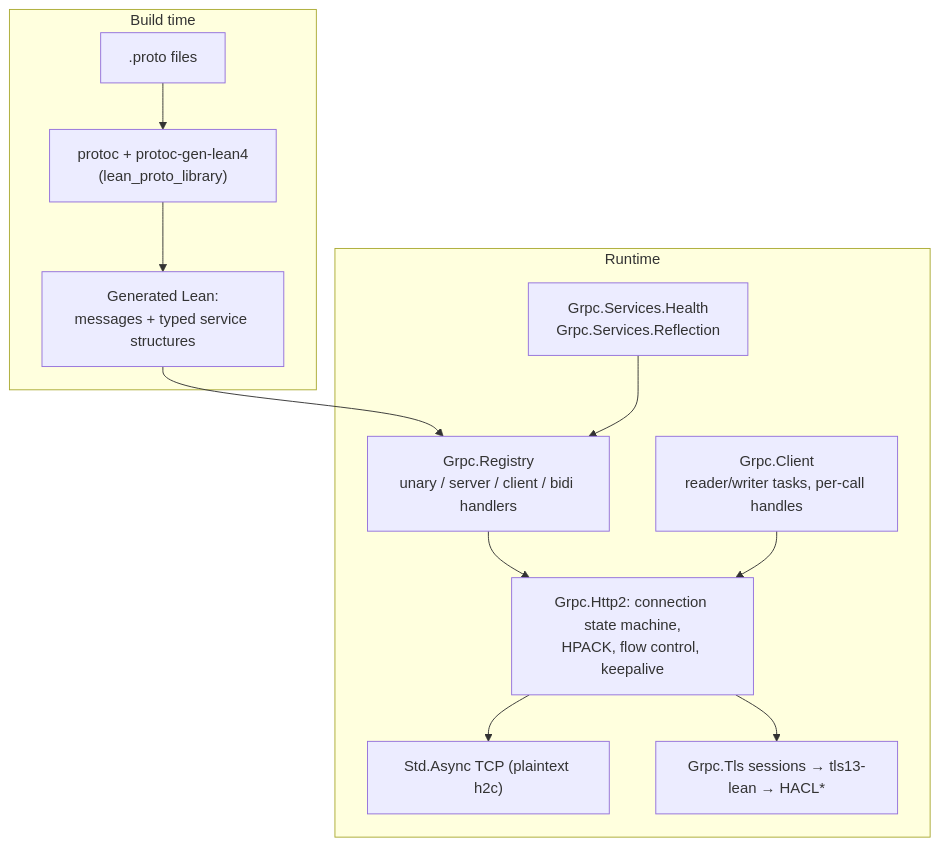
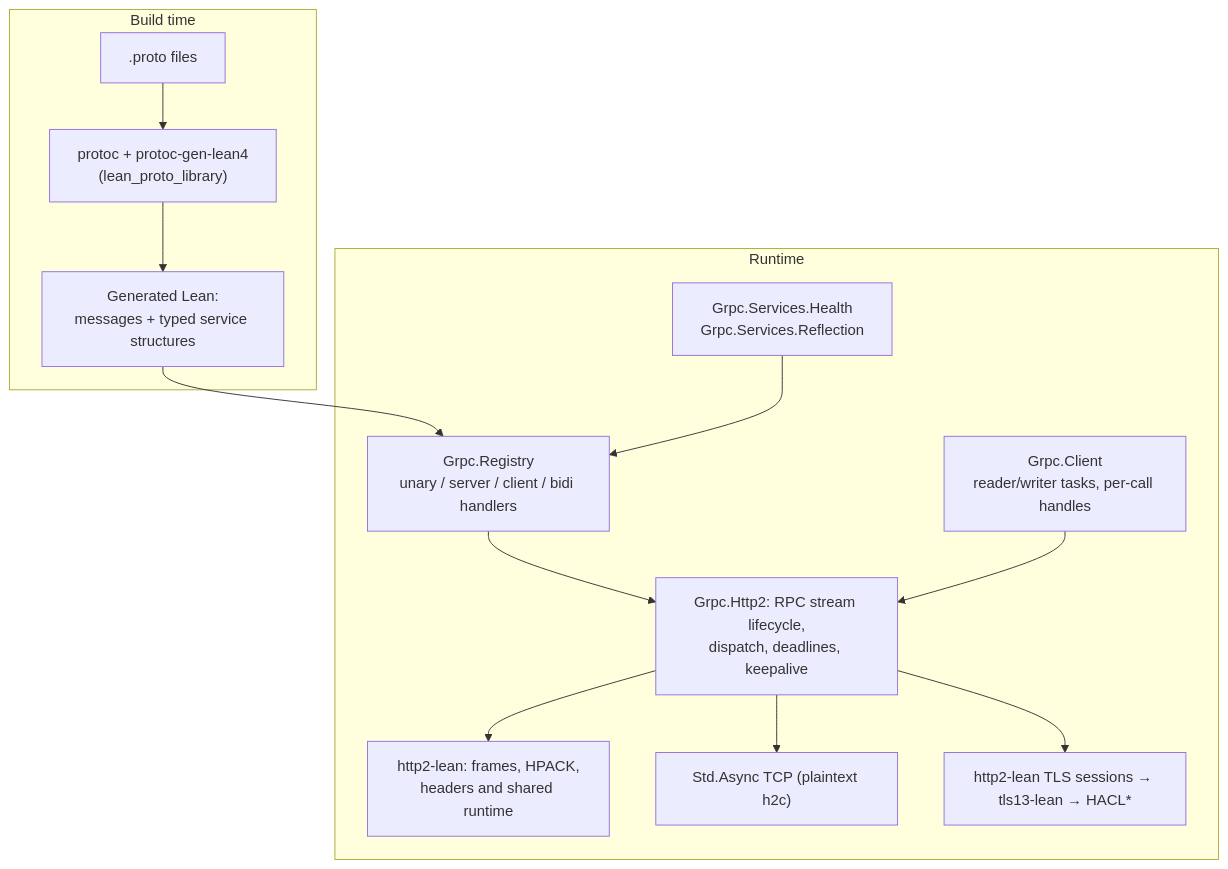
One commit to pb64-lean/grpc-lean changed the diagram in README.md. Above: the diagram before and after it, drawn with Mermaid. The commit also changed other lines of this file and 93 other files, not shown here.

Commit message:
Use the shared HTTP/2 foundation

````diff
--- a/README.md
+++ b/README.md
@@ -17,15 +17,16 @@
 ```mermaid
 flowchart TB
     subgraph codegen [Build time]
         P[".proto files"] --> PL["protoc + protoc-gen-lean4<br/>(lean_proto_library)"]
         PL --> GEN["Generated Lean:<br/>messages + typed service structures"]
     end
     subgraph runtime [Runtime]
         GEN --> REG["Grpc.Registry<br/>unary / server / client / bidi handlers"]
-        REG --> H2["Grpc.Http2: connection state machine,<br/>HPACK, flow control, keepalive"]
-        H2 --> TCP["Std.Async TCP (plaintext h2c)"]
-        H2 --> TLS["Grpc.Tls sessions → tls13-lean → HACL*"]
-        CL["Grpc.Client<br/>reader/writer tasks, per-call handles"] --> H2
+        REG --> GH2["Grpc.Http2: RPC stream lifecycle,<br/>dispatch, deadlines, keepalive"]
+        GH2 --> H2["http2-lean: frames, HPACK,<br/>headers and shared runtime"]
+        GH2 --> TCP["Std.Async TCP (plaintext h2c)"]
+        GH2 --> TLS["http2-lean TLS sessions → tls13-lean → HACL*"]
+        CL["Grpc.Client<br/>reader/writer tasks, per-call handles"] --> GH2
         SVC["Grpc.Services.Health<br/>Grpc.Services.Reflection"] --> REG
     end
 ```
````
